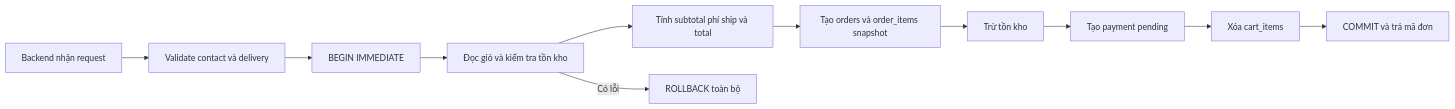
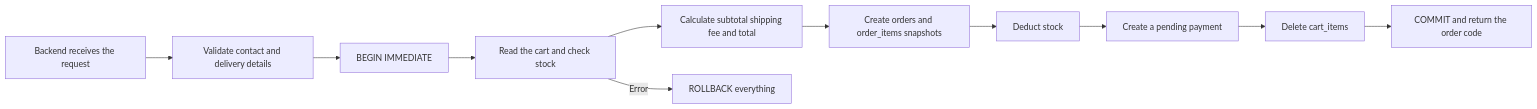
The second of 2 diagrams in docs/checkout-flow.md (Henhhh/Web_29GG), drawn with Mermaid before and after one commit. The commit also changed other lines of this file and 5 other files, not shown here.

````diff
--- a/docs/checkout-flow.md
+++ b/docs/checkout-flow.md
@@ -57,13 +57,13 @@
 ```mermaid
 flowchart LR
-    A[Backend nhận request] --> B[Validate contact và delivery]
+    A[Backend receives the request] --> B[Validate contact and delivery details]
     B --> C[BEGIN IMMEDIATE]
-    C --> D[Đọc giỏ và kiểm tra tồn kho]
-    D --> E[Tính subtotal phí ship và total]
-    E --> F[Tạo orders và order_items snapshot]
-    F --> G[Trừ tồn kho]
-    G --> H[Tạo payment pending]
-    H --> I[Xóa cart_items]
-    I --> J[COMMIT và trả mã đơn]
-    D -- Có lỗi --> K[ROLLBACK toàn bộ]
+    C --> D[Read the cart and check stock]
+    D --> E[Calculate subtotal shipping fee and total]
+    E --> F[Create orders and order_items snapshots]
+    F --> G[Deduct stock]
+    G --> H[Create a pending payment]
+    H --> I[Delete cart_items]
+    I --> J[COMMIT and return the order code]
+    D -- Error --> K[ROLLBACK everything]
 ```
````
